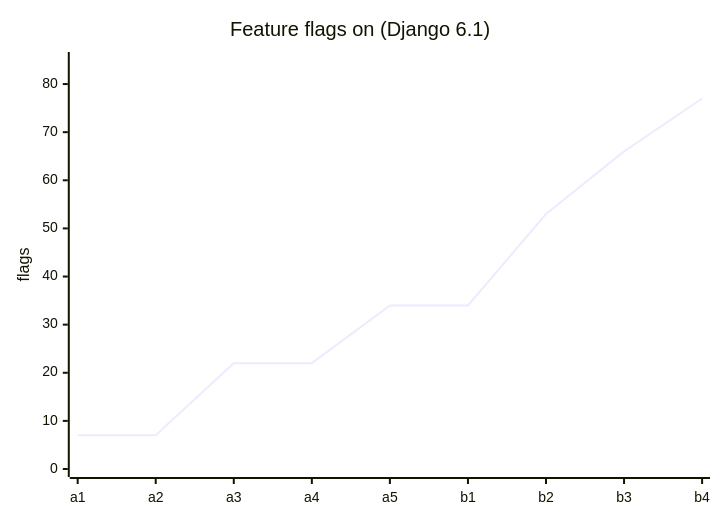
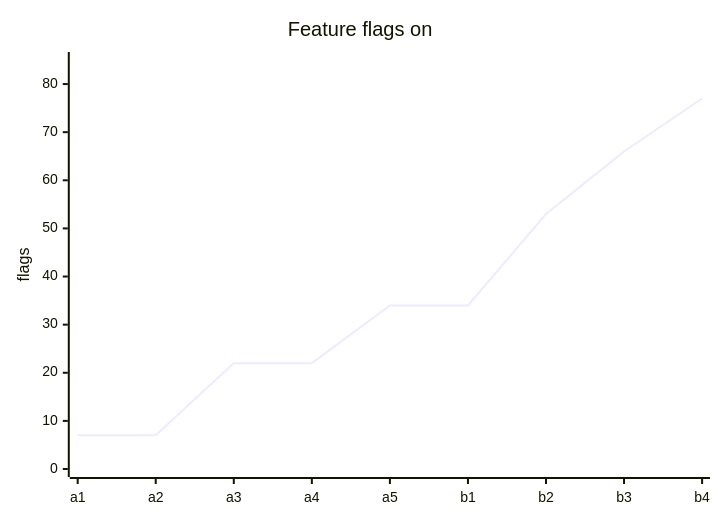
Before and after one commit to benny-vanbelle-vandeput-be/django-db2-for-i: the first of 2 diagrams in docs/RELEASE_HISTORY.md, drawn with Mermaid. The commit also changed other lines of this file and 9 other files, not shown here.

````diff
--- a/docs/RELEASE_HISTORY.md
+++ b/docs/RELEASE_HISTORY.md
@@ -45,7 +37,7 @@
 ```mermaid
 xychart-beta
-    title "Feature flags on (Django 6.1)"
+    title "Feature flags on"
     x-axis [a1, a2, a3, a4, a5, b1, b2, b3, b4]
     y-axis "flags" 0 --> 85
     line [7, 7, 22, 22, 34, 34, 53, 66, 77]
 ```
````
